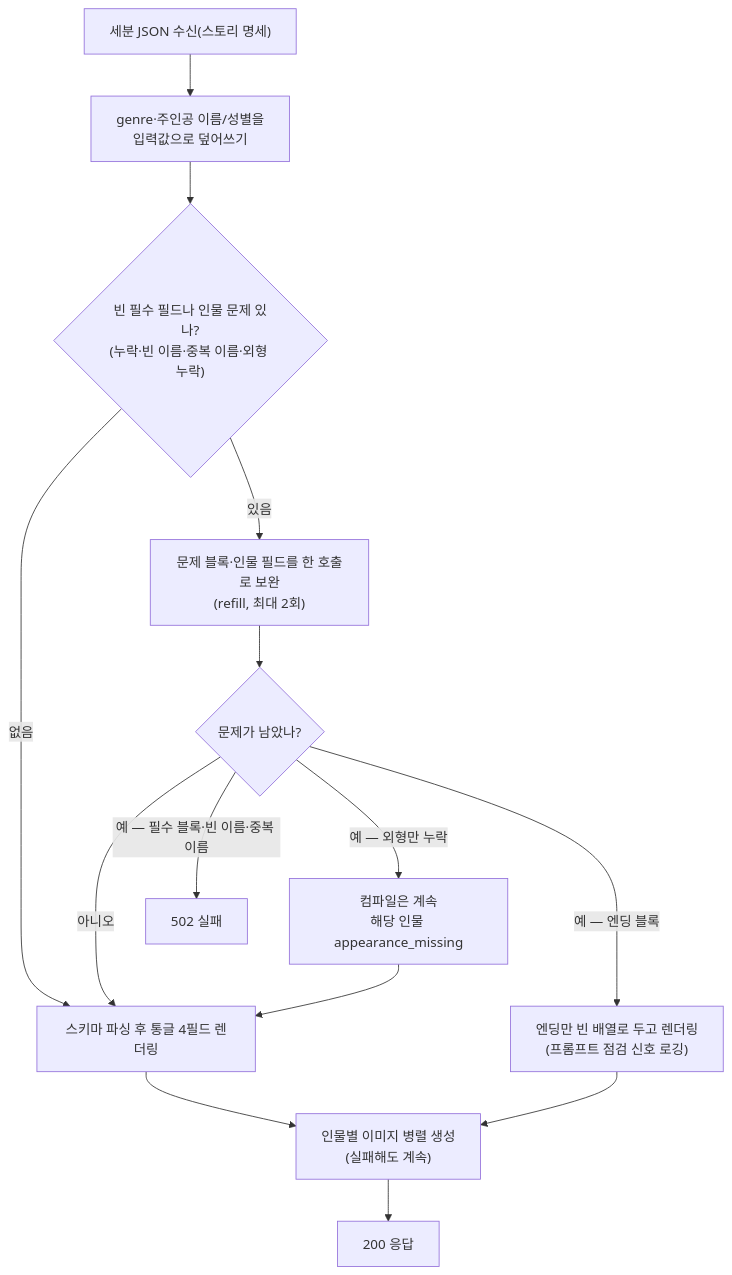
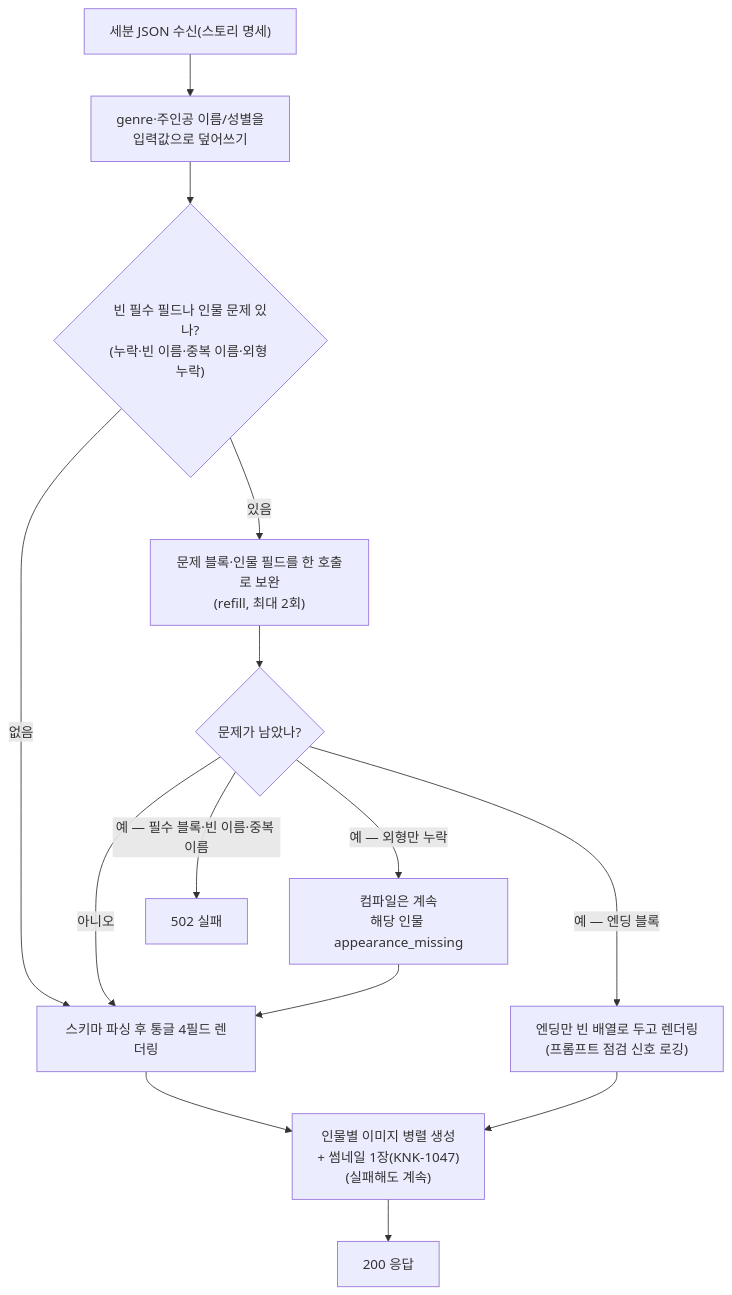
The third of 8 diagrams in docs/product-specs/5-ai-server.md (KIM-N-KANG/knk-harness), drawn with Mermaid before and after one commit. The commit also changed other lines of this file and 3 other files, not shown here.

First line of the commit message:
[KNK-1046] Docs: 스토리 썸네일 AI 생성을 컴파일 응답 계약으로 스펙 반영 (#153)

````diff
--- a/docs/product-specs/5-ai-server.md
+++ b/docs/product-specs/5-ai-server.md
@@ -475,16 +475,16 @@
 ```mermaid
 graph TD
     In["세분 JSON 수신(스토리 명세)"] --> Inject["genre·주인공 이름/성별을<br/>입력값으로 덮어쓰기"]
     Inject --> Check{"빈 필수 필드나 인물 문제 있나?<br/>(누락·빈 이름·중복 이름·외형 누락)"}
     Check -->|없음| Render["스키마 파싱 후 통글 4필드 렌더링"]
-    Render --> Image["인물별 이미지 병렬 생성<br/>(실패해도 계속)"]
+    Render --> Image["인물별 이미지 병렬 생성<br/>+ 썸네일 1장(KNK-1047)<br/>(실패해도 계속)"]
     Image --> OK[200 응답]
     Check -->|있음| Refill["문제 블록·인물 필드를 한 호출로 보완<br/>(refill, 최대 2회)"]
     Refill --> Re{"문제가 남았나?"}
     Re -->|아니오| Render
     Re -->|"예 — 필수 블록·빈 이름·중복 이름"| F502[502 실패]
     Re -->|"예 — 외형만 누락"| SoftImage["컴파일은 계속<br/>해당 인물 appearance_missing"]
     SoftImage --> Render
     Re -->|"예 — 엔딩 블록"| Empty["엔딩만 빈 배열로 두고 렌더링<br/>(프롬프트 점검 신호 로깅)"]
     Empty --> Image
 ```
````
